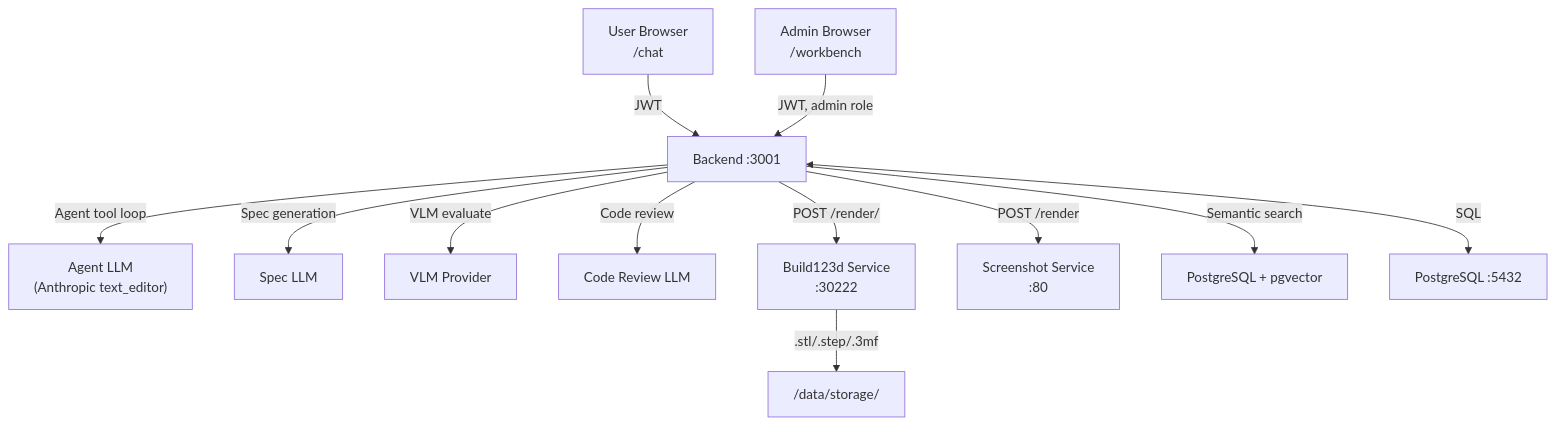
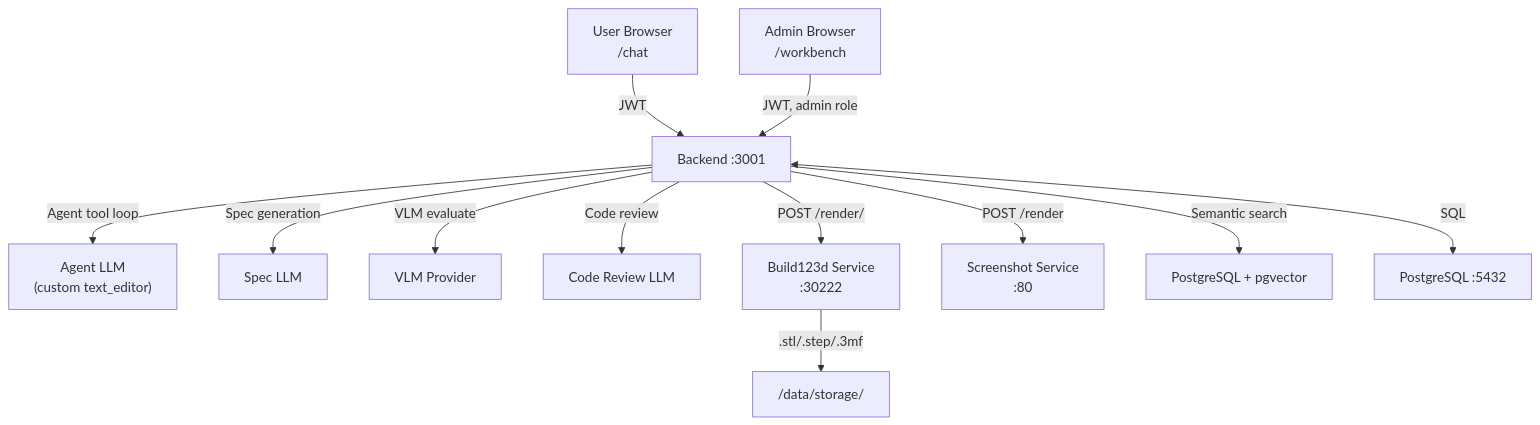
The diagram in docs/codegen-pipeline-and-workbench.md (kreuzhofer/chat3d-app), drawn with Mermaid before and after one commit. The commit also changed other lines of this file and 5 other files, not shown here.

````diff
--- a/docs/codegen-pipeline-and-workbench.md
+++ b/docs/codegen-pipeline-and-workbench.md
@@ -32,16 +32,16 @@
 ```mermaid
 graph TD
     User["User Browser\n/chat"] -->|JWT| Backend["Backend :3001"]
     Admin["Admin Browser\n/workbench"] -->|JWT, admin role| Backend
 
-    Backend -->|Agent tool loop| LLM_Agent["Agent LLM\n(Anthropic text_editor)"]
+    Backend -->|Agent tool loop| LLM_Agent["Agent LLM\n(custom text_editor)"]
     Backend -->|Spec generation| LLM_Spec["Spec LLM"]
     Backend -->|VLM evaluate| LLM_VLM["VLM Provider"]
     Backend -->|Code review| LLM_Review["Code Review LLM"]
 
     Backend -->|POST /render/| Build123d["Build123d Service\n:30222"]
     Backend -->|POST /render| Screenshot["Screenshot Service\n:80"]
     Backend -->|Semantic search| PGVector["PostgreSQL + pgvector"]
     Backend <-->|SQL| DB["PostgreSQL :5432"]
     Build123d -->|.stl/.step/.3mf| Storage["/data/storage/"]
 ```
````
